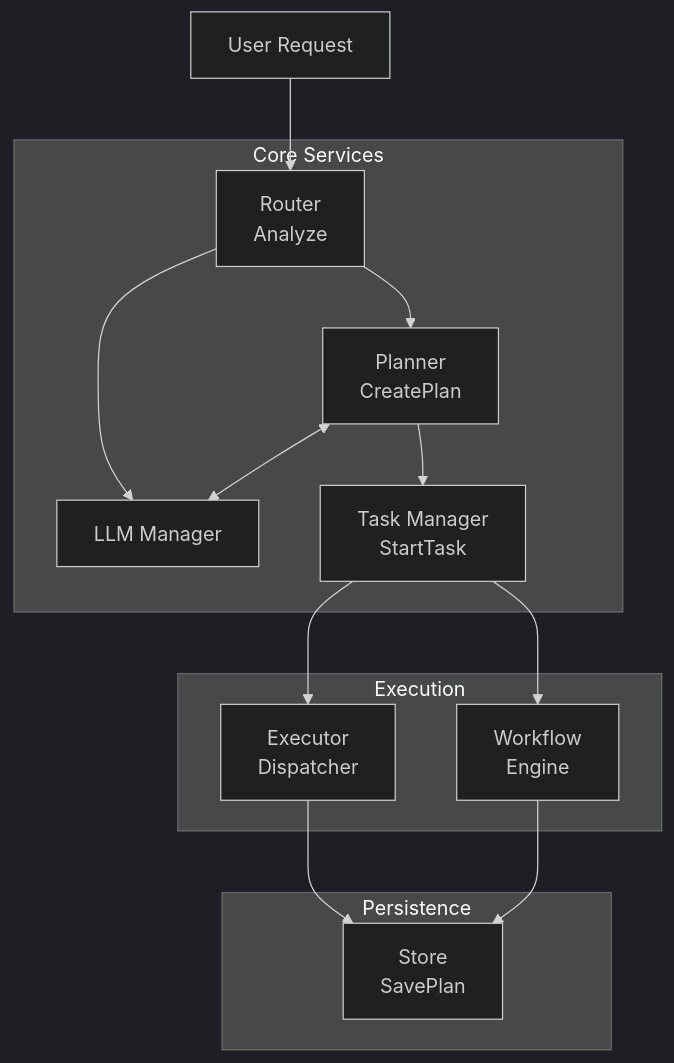
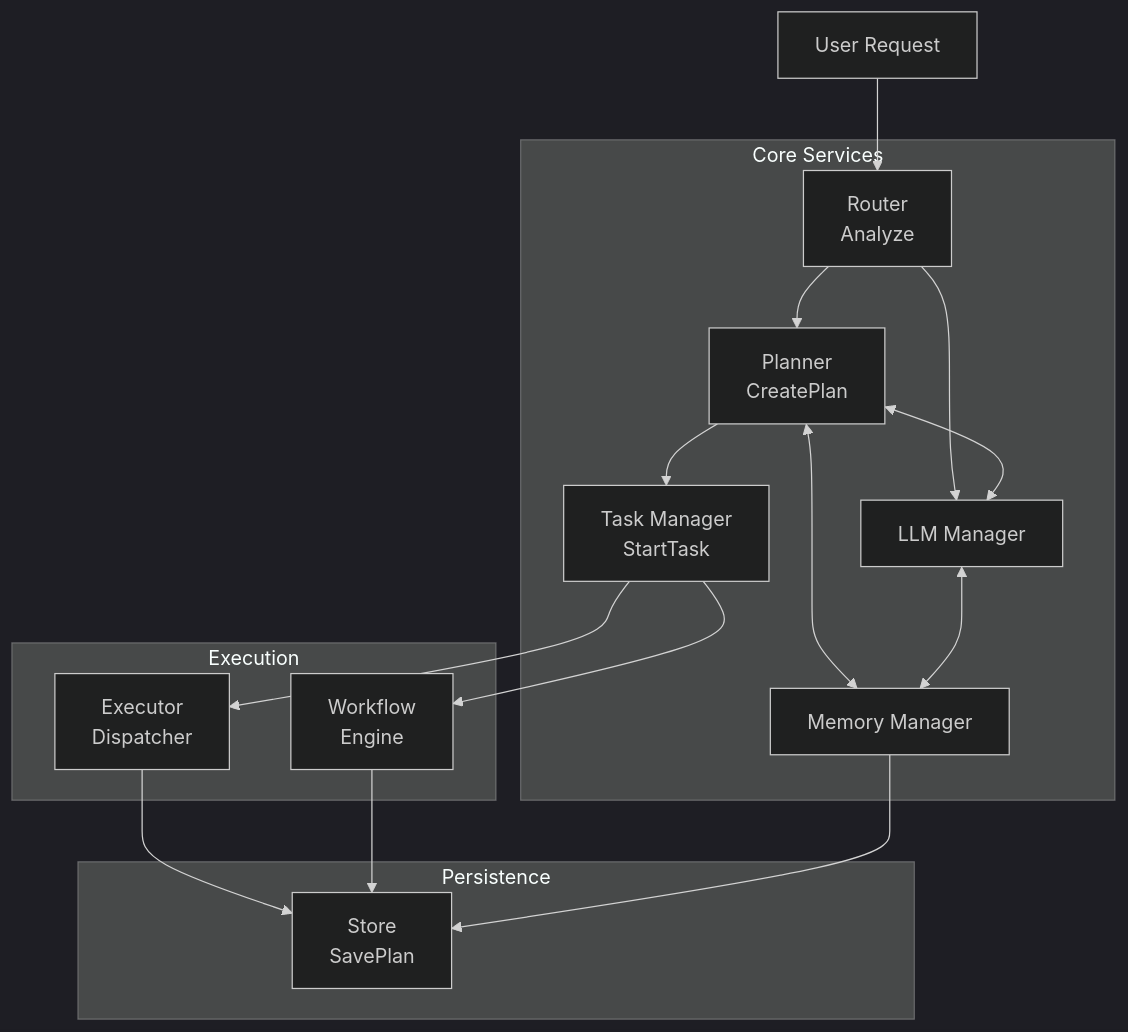
The second of 6 diagrams in design/druppie_spec.md (sjhoeksma/druppie), drawn with Mermaid (dark theme) before and after one commit. The commit also changed other lines of this file, not shown here.

````diff
--- a/design/druppie_spec.md
+++ b/design/druppie_spec.md
@@ -130,21 +134,24 @@
 ```mermaid
 graph TD
     User[User Request] --> Router[Router<br>Analyze]
     
     subgraph Core Services
         Router --> Planner
         Router --> LLM
         Planner[Planner<br>CreatePlan] <--> LLM[LLM Manager]
         Planner --> TM[Task Manager<br>StartTask]
+        Planner <--> Memory[Memory Manager]
+        LLM <--> Memory
     end
     
     subgraph Execution
         TM --> Executor[Executor<br>Dispatcher]
         TM --> Workflow[Workflow<br>Engine]
     end
     
     subgraph Persistence
         Executor --> Store[Store<br>SavePlan]
         Workflow --> Store
+        Memory --> Store
     end
 ```
````
